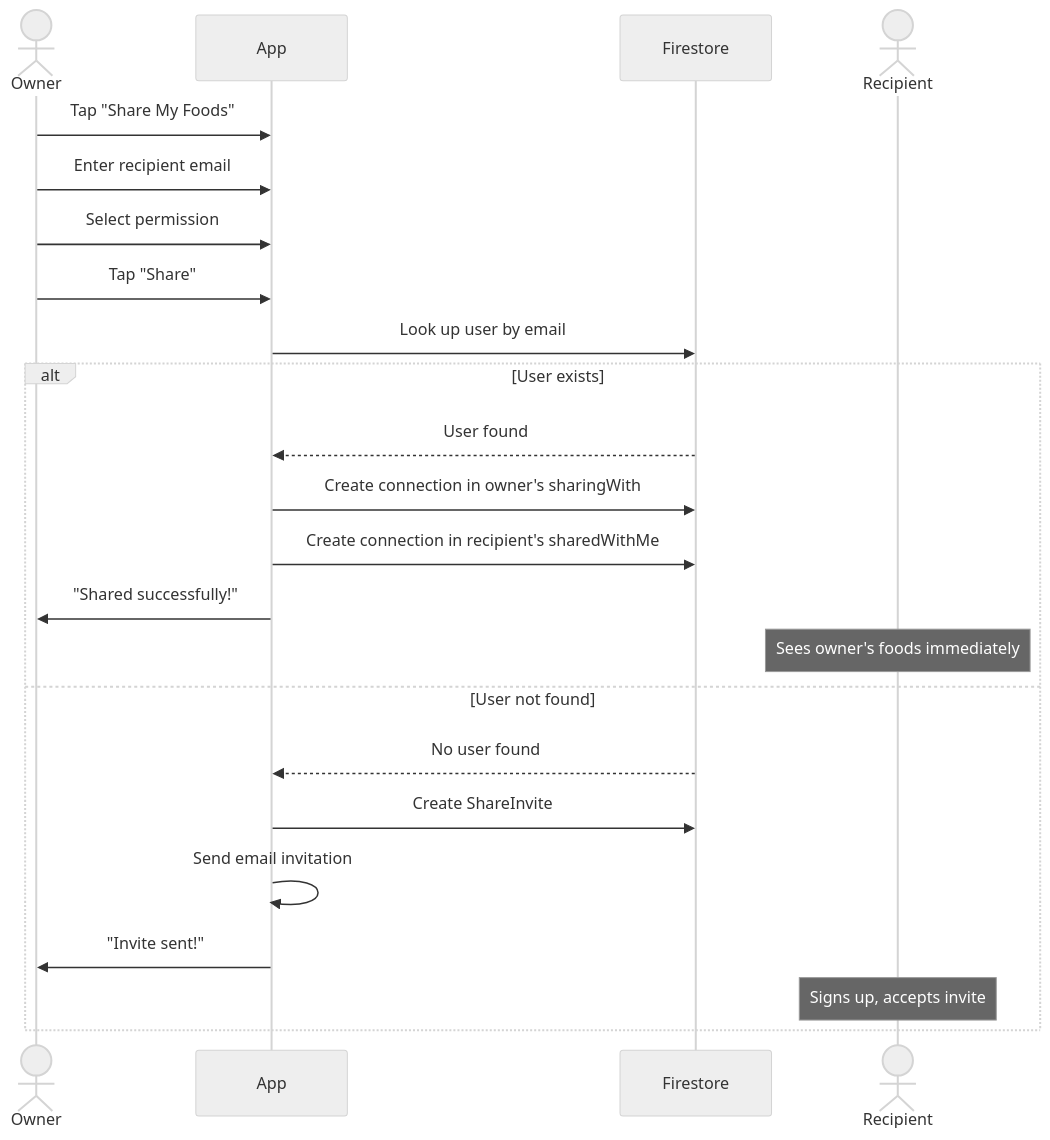
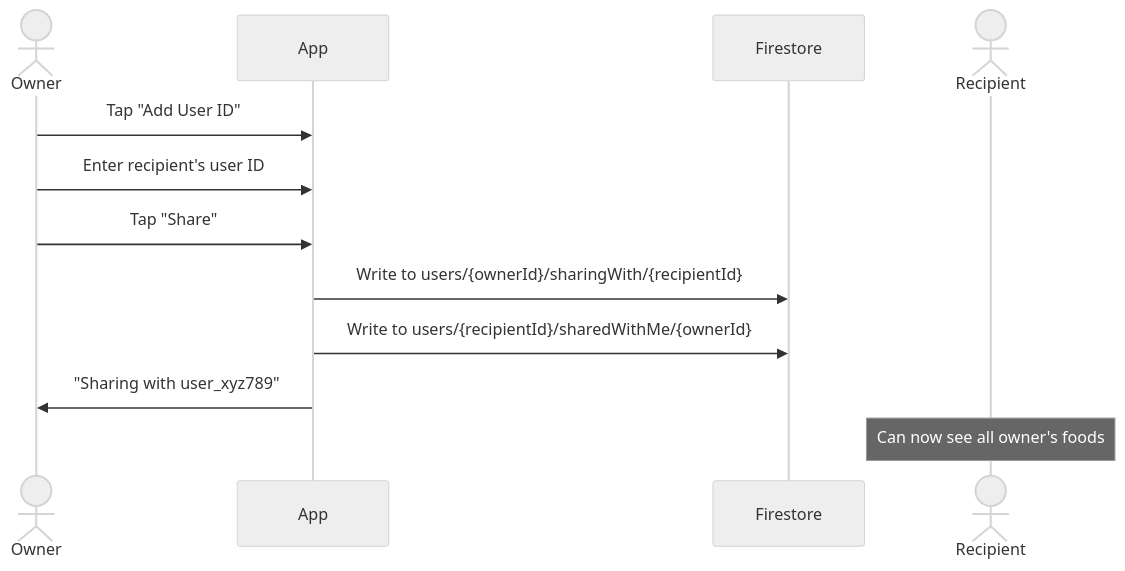
One commit to TimothyYao/meal-planning changed the first of 4 diagrams in doc/food-sharing-design.md. Above: the diagram before and after it, drawn with Mermaid (neutral theme). The commit also changed other lines of this file and 4 other files, not shown here.

First line of the commit message:
Simplify food sharing to direct user ID sharing

````diff
--- a/doc/food-sharing-design.md
+++ b/doc/food-sharing-design.md
@@ -273,28 +176,18 @@
 ```mermaid
 sequenceDiagram
-    actor Owner as Owner
-    participant App as App
+    actor Owner
+    participant App
     participant FS as Firestore
-    actor Recipient as Recipient
+    actor Recipient
 
-    Owner->>App: Tap "Share My Foods"
-    Owner->>App: Enter recipient email
-    Owner->>App: Select permission
+    Owner->>App: Tap "Add User ID"
+    Owner->>App: Enter recipient's user ID
     Owner->>App: Tap "Share"
     
-    App->>FS: Look up user by email
+    App->>FS: Write to users/{ownerId}/sharingWith/{recipientId}
+    App->>FS: Write to users/{recipientId}/sharedWithMe/{ownerId}
     
-    alt User exists
-        FS-->>App: User found
-        App->>FS: Create connection in owner's sharingWith
-        App->>FS: Create connection in recipient's sharedWithMe
-        App->>Owner: "Shared successfully!"
-        Note over Recipient: Sees owner's foods immediately
-    else User not found
-        FS-->>App: No user found
-        App->>FS: Create ShareInvite
-        App->>App: Send email invitation
-        App->>Owner: "Invite sent!"
-        Note over Recipient: Signs up, accepts invite
-    end
+    App->>Owner: "Sharing with user_xyz789"
+    
+    Note over Recipient: Can now see all owner's foods
 ```
````
